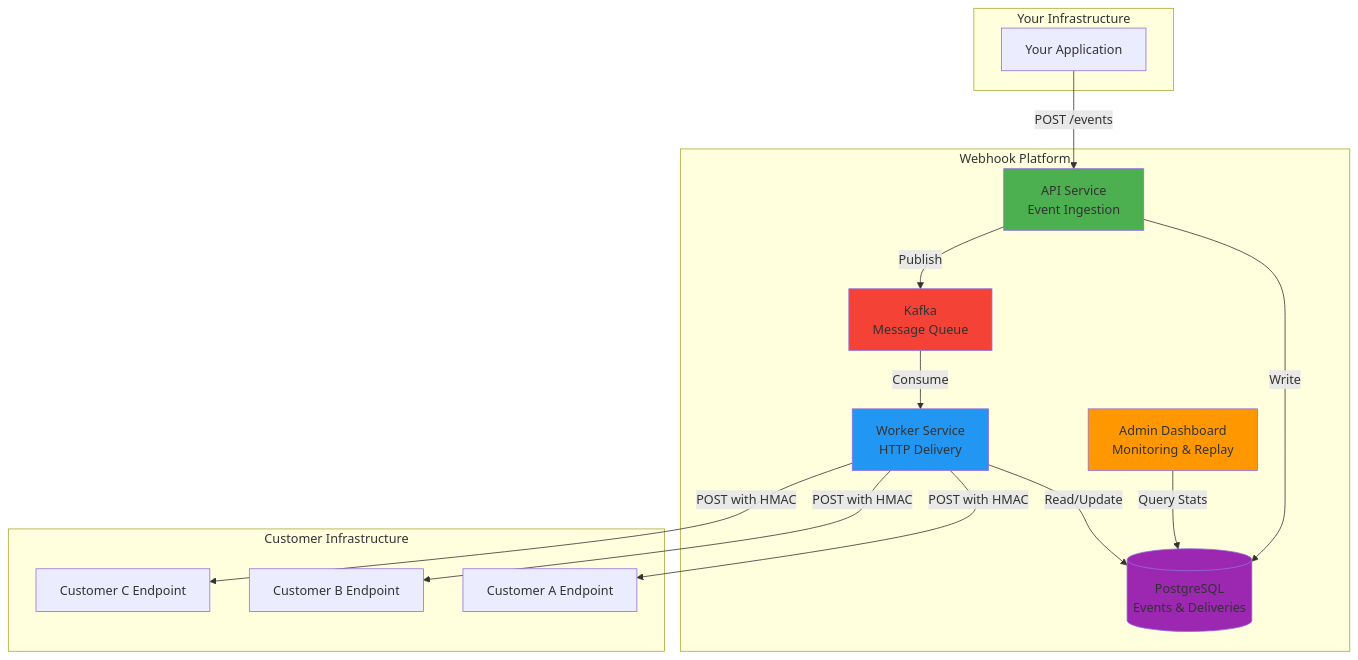
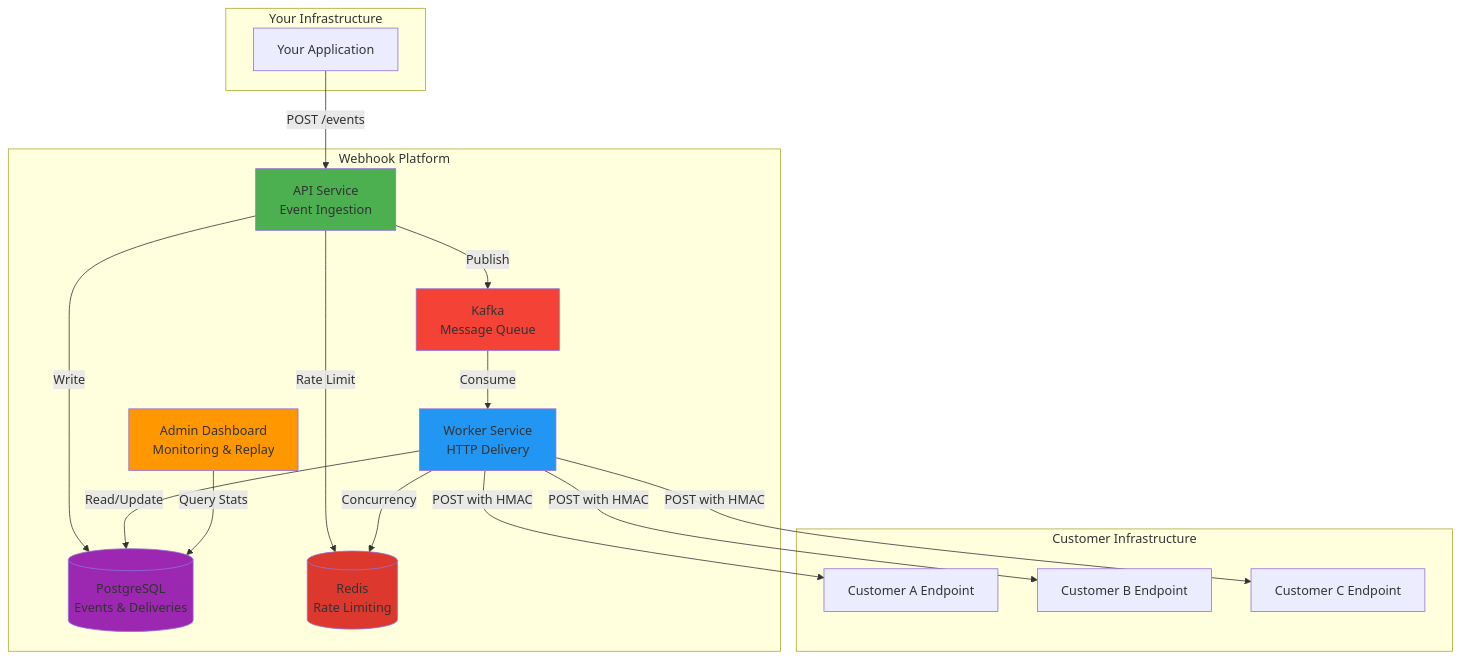
The third of 4 diagrams in README.md (vadymkykalo/webhook-platform), drawn with Mermaid before and after one commit. The commit also changed other lines of this file, not shown here.

Commit message:
add redis readme

````diff
--- a/README.md
+++ b/README.md
@@ -68,36 +95,40 @@
 ```mermaid
 graph TB
     subgraph "Your Infrastructure"
         App[Your Application]
     end
     
     subgraph "Webhook Platform"
         API[API Service<br/>Event Ingestion]
         DB[(PostgreSQL<br/>Events & Deliveries)]
+        Redis[(Redis<br/>Rate Limiting)]
         Kafka[Kafka<br/>Message Queue]
         Worker[Worker Service<br/>HTTP Delivery]
         UI[Admin Dashboard<br/>Monitoring & Replay]
     end
     
     subgraph "Customer Infrastructure"
         Customer1[Customer A Endpoint]
         Customer2[Customer B Endpoint]
         Customer3[Customer C Endpoint]
     end
     
     App -->|POST /events| API
+    API -->|Rate Limit| Redis
     API -->|Write| DB
     API -->|Publish| Kafka
     Kafka -->|Consume| Worker
+    Worker -->|Concurrency| Redis
     Worker -->|Read/Update| DB
     Worker -->|POST with HMAC| Customer1
     Worker -->|POST with HMAC| Customer2
     Worker -->|POST with HMAC| Customer3
     UI -->|Query Stats| DB
     
     style API fill:#4CAF50
     style Worker fill:#2196F3
     style UI fill:#FF9800
     style DB fill:#9C27B0
     style Kafka fill:#F44336
+    style Redis fill:#DC382D
 ```
````
